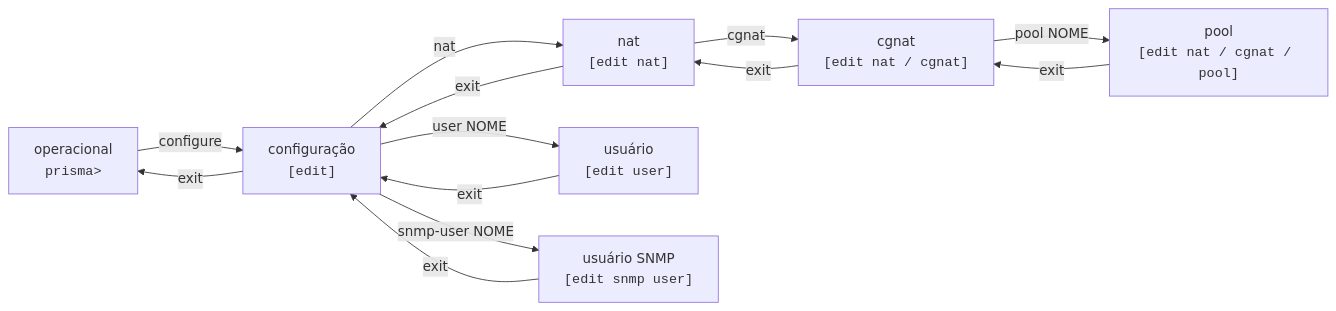
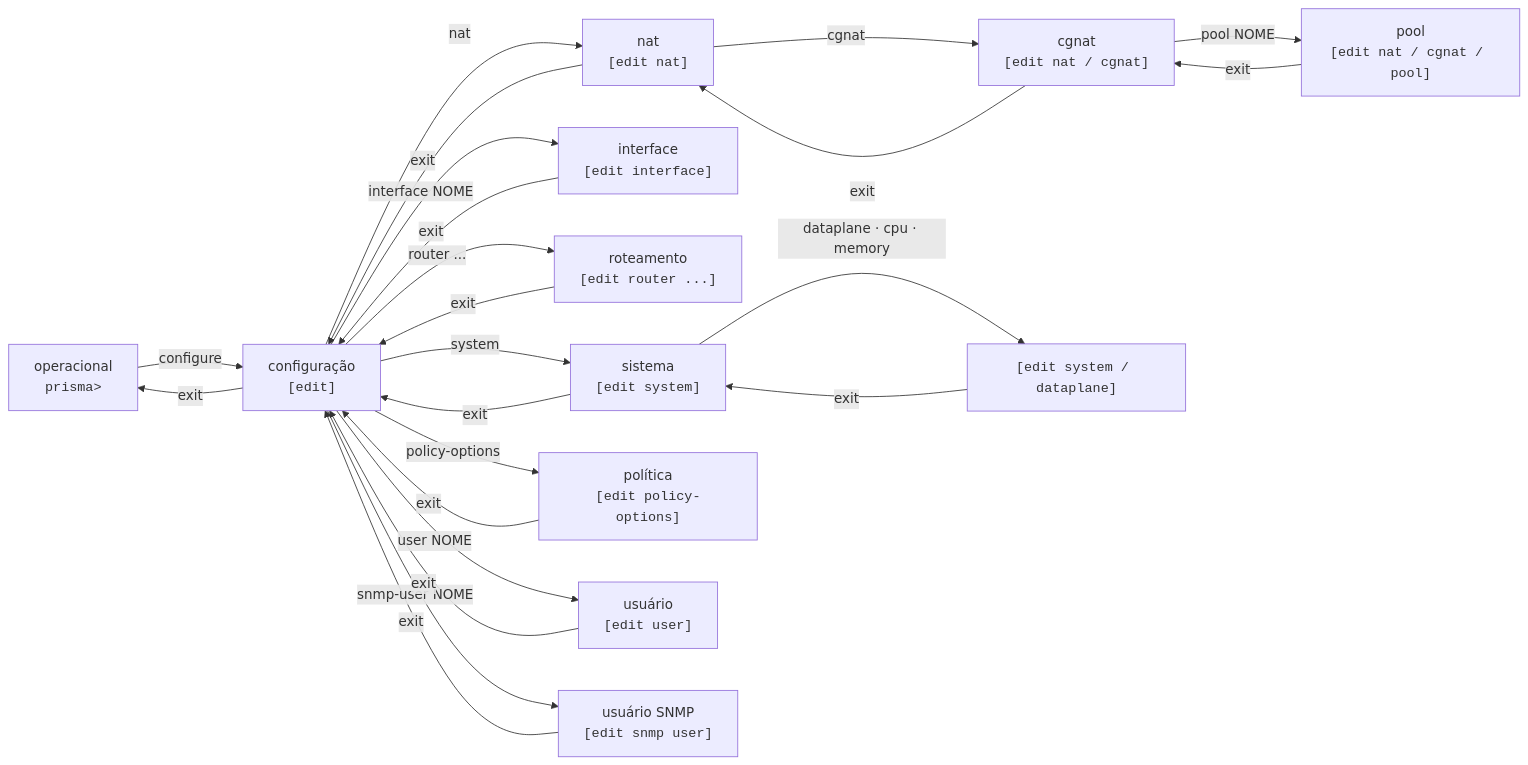
One commit to andrediashexa/prismarouting changed the diagram in wiki/referencia/vty-prismash-guia-de-uso/index.md. Above: the diagram before and after it, drawn with Mermaid. The commit also changed other lines of this file and 33 other files, not shown here.

````diff
--- a/wiki/referencia/vty-prismash-guia-de-uso/index.md
+++ b/wiki/referencia/vty-prismash-guia-de-uso/index.md
@@ -5,15 +5,25 @@
 ```mermaid
 flowchart LR
     O["operacional<br/><code>prisma&gt;</code>"] -->|configure| G["configuração<br/><code>[edit]</code>"]
     G -->|nat| N["nat<br/><code>[edit nat]</code>"]
     N -->|cgnat| C["cgnat<br/><code>[edit nat / cgnat]</code>"]
     C -->|"pool NOME"| P["pool<br/><code>[edit nat / cgnat / pool]</code>"]
+    G -->|"interface NOME"| I["interface<br/><code>[edit interface]</code>"]
+    G -->|"router ..."| R["roteamento<br/><code>[edit router ...]</code>"]
+    G -->|system| S["sistema<br/><code>[edit system]</code>"]
+    S -->|"dataplane · cpu · memory"| SD["<code>[edit system / dataplane]</code>"]
+    G -->|policy-options| PO["política<br/><code>[edit policy-options]</code>"]
     G -->|"user NOME"| U["usuário<br/><code>[edit user]</code>"]
     G -->|"snmp-user NOME"| SU["usuário SNMP<br/><code>[edit snmp user]</code>"]
     P -->|exit| C
     C -->|exit| N
     N -->|exit| G
+    SD -->|exit| S
+    S -->|exit| G
+    I -->|exit| G
+    R -->|exit| G
+    PO -->|exit| G
     U -->|exit| G
     SU -->|exit| G
     G -->|exit| O
 ```
````
